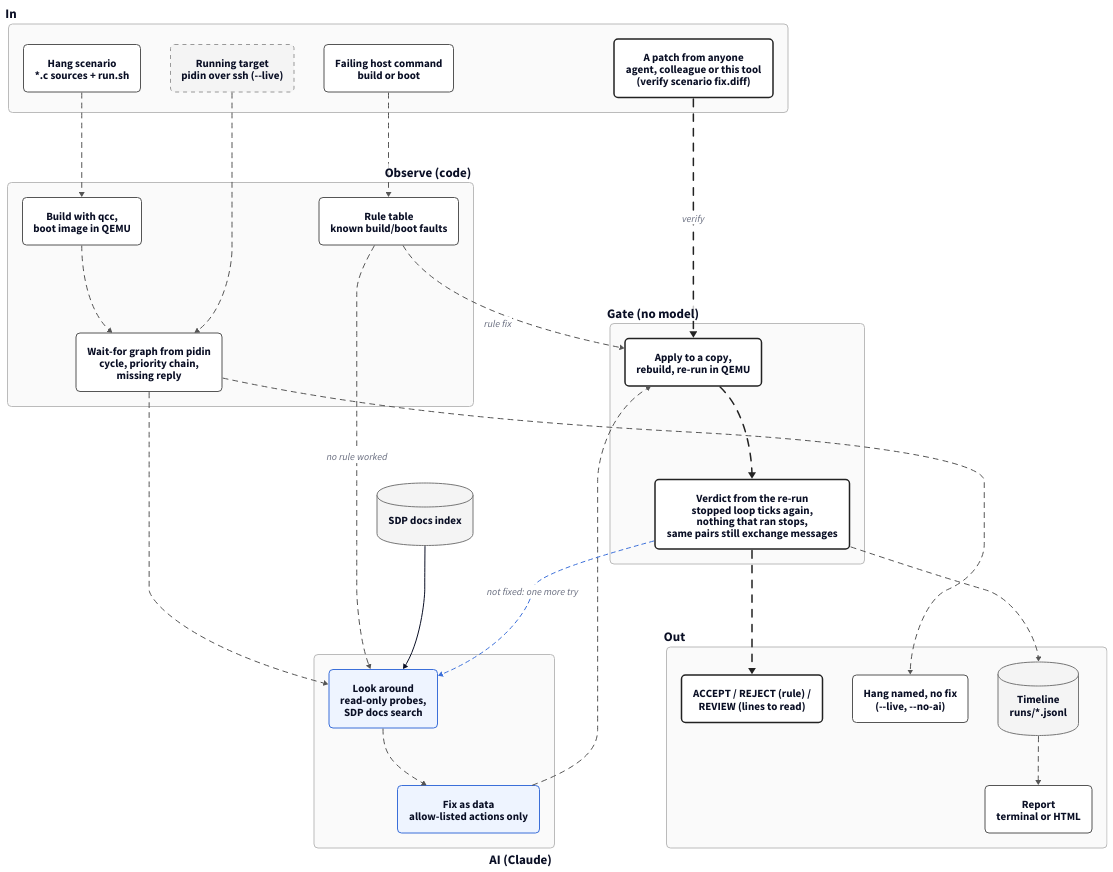
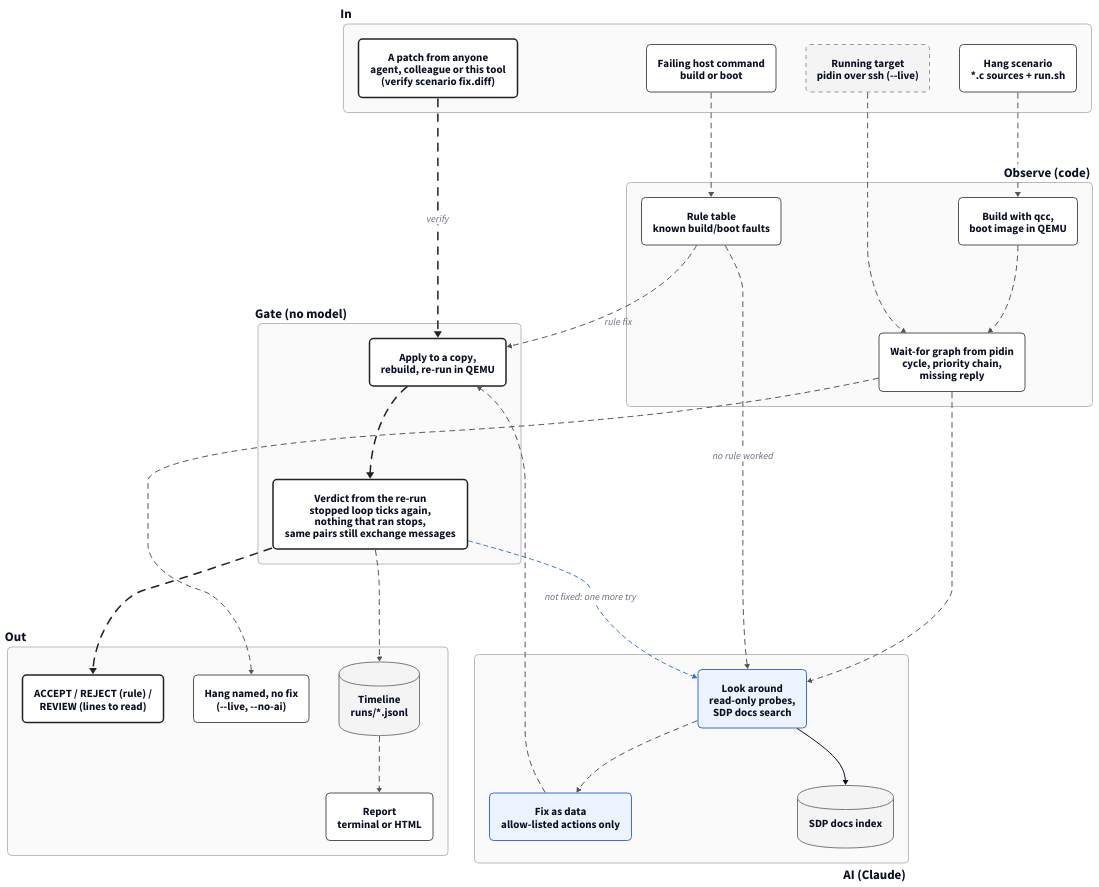
The diagram in docs/diagrams/flow.d2 (dormkim/qnx-doctor), drawn with D2 before and after one commit. The commit also changed 3 other files, not shown here.

First line of the commit message:
docs: flow diagram more compact (docs index inside the AI group, tighter layers)

```diff
--- a/docs/diagrams/flow.d2
+++ b/docs/diagrams/flow.d2
@@ -1,72 +1,72 @@
 # qnx-doctor flow (2026-11-21; verify entrance added and laid out top to bottom 2026-11-23). Source of flow.svg / flow.png. Render: see the README section "At a glance".
 # One accent colour = the AI step. Everything else is code. Dashed grey = outside this repo. Thick border = the verify path.
 vars: { d2-config: { theme-id: 1 } }
 direction: down
 classes: {
   group: { label.near: outside-top-left; style: { fill: "#FAFAFA"; stroke: "#BBBBBB"; border-radius: 8; font-size: 26; bold: true } }
   own: { style: { fill: "#FFFFFF"; stroke: "#555555"; border-radius: 8; font-size: 22 } }
   ai: { style: { fill: "#EEF4FF"; stroke: "#3B6FD9"; border-radius: 8; font-size: 22 } }
   ext: { style: { fill: "#F4F4F4"; stroke: "#999999"; stroke-dash: 4; border-radius: 8; font-size: 22 } }
   gate: { style: { fill: "#FFFFFF"; stroke: "#222222"; stroke-width: 3; border-radius: 8; font-size: 22 } }
   gateflow: { style: { animated: true; stroke: "#222222"; stroke-width: 3; font-size: 20 } }
   store: { shape: cylinder; style: { fill: "#F4F4F4"; stroke: "#777777"; font-size: 22 } }
   flow: { style: { animated: true; stroke: "#555555"; font-size: 20 } }
   retry: { style: { animated: true; stroke: "#3B6FD9"; stroke-dash: 4; font-size: 20 } }
 }
 
 in: "In" {
   class: group
   patch: "A patch from anyone\nagent, colleague or this tool\n(verify scenario fix.diff)" { class: gate }
   scenario: "Hang scenario\n*.c sources + run.sh" { class: own }
   live: "Running target\npidin over ssh (--live)" { class: ext }
   cmd: "Failing host command\nbuild or boot" { class: own }
 }
 
 observe: "Observe (code)" {
   class: group
   label.near: outside-top-right
   boot: "Build with qcc,\nboot image in QEMU" { class: own }
   graph: "Wait-for graph from pidin\ncycle, priority chain,\nmissing reply" { class: own }
   rules: "Rule table\nknown build/boot faults" { class: own }
 }
 
 ai: "AI (Claude)" {
   class: group
   label.near: outside-bottom-right
   look: "Look around\nread-only probes,\nSDP docs search" { class: ai }
   fix: "Fix as data\nallow-listed actions only" { class: ai }
+  docs: "SDP docs index" { class: store }
 }
 
 verify: "Gate (no model)" {
   class: group
   rerun: "Apply to a copy,\nrebuild, re-run in QEMU" { class: gate }
   verdict: "Verdict from the re-run\nstopped loop ticks again,\nnothing that ran stops,\nsame pairs still exchange messages" { class: gate }
 }
 
 out: "Out" {
   class: group
   answer: "ACCEPT / REJECT (rule) /\nREVIEW (lines to read)" { class: gate }
   named: "Hang named, no fix\n(--live, --no-ai)" { class: own }
   timeline: "Timeline\nruns/*.jsonl" { class: store }
   report: "Report\nterminal or HTML" { class: own }
 }
 
-docs: "SDP docs index" { class: store }
 
 in.patch -> verify.rerun: "verify" { class: gateflow }
 verify.verdict -> out.answer: { class: gateflow }
 in.scenario -> observe.boot: { class: flow }
 observe.boot -> observe.graph: { class: flow }
 in.live -> observe.graph: { class: flow }
 in.cmd -> observe.rules: { class: flow }
 observe.graph -> ai.look: { class: flow }
 observe.graph -> out.named: { class: flow }
 observe.rules -> verify.rerun: "rule fix" { class: flow }
 observe.rules -> ai.look: "no rule worked" { class: flow }
-docs -> ai.look
+ai.look -> ai.docs
 ai.look -> ai.fix: { class: flow }
 ai.fix -> verify.rerun: { class: flow }
 verify.rerun -> verify.verdict: { class: gateflow }
 verify.verdict -> ai.look: "not fixed: one more try" { class: retry }
 verify.verdict -> out.timeline: { class: flow }
 out.timeline -> out.report: { class: flow }
```
